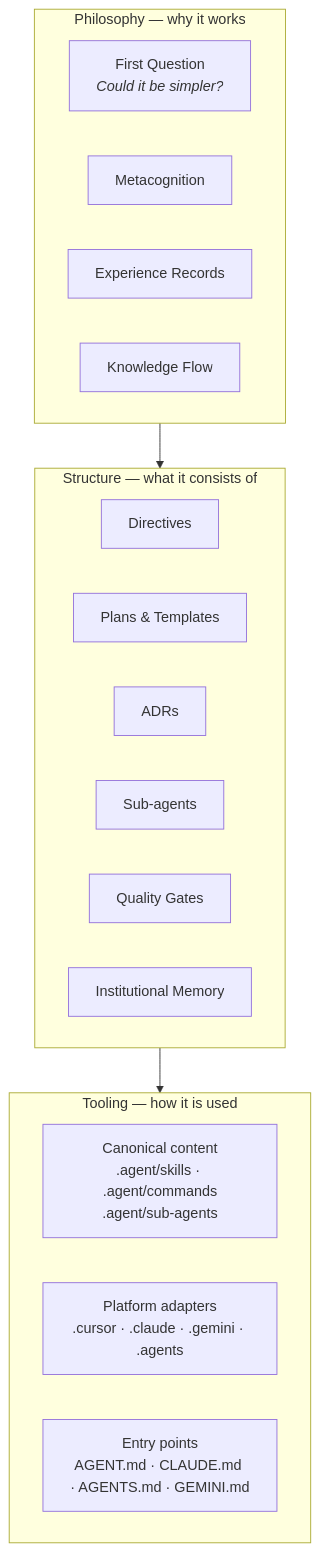
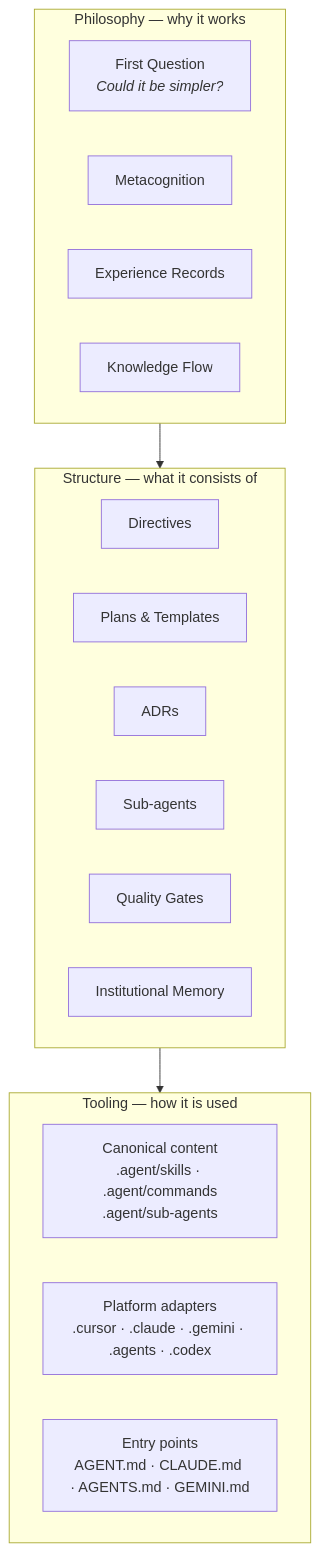
One commit to oaknational/oak-open-curriculum-ecosystem changed the first of 3 diagrams in .agent/practice-core/practice.md. Above: the diagram before and after it, drawn with Mermaid. The commit also changed other lines of this file and 48 other files, not shown here.

First line of the commit message:
feat(practice): integrate new-cv round-trip and implement Codex platform parity

````diff
--- a/.agent/practice-core/practice.md
+++ b/.agent/practice-core/practice.md
@@ -29,26 +45,26 @@
 ```mermaid
 graph TB
     subgraph Philosophy ["Philosophy — why it works"]
         FQ["First Question<br/><i>Could it be simpler?</i>"]
         MC[Metacognition]
         EX[Experience Records]
         KF[Knowledge Flow]
     end
 
     subgraph Structure ["Structure — what it consists of"]
         DIR[Directives]
         PLANS[Plans & Templates]
         ADR[ADRs]
         SA[Sub-agents]
         QG[Quality Gates]
         MEM[Institutional Memory]
     end
 
     subgraph Tooling ["Tooling — how it is used"]
         CANON["Canonical content<br/>.agent/skills · .agent/commands<br/>.agent/sub-agents"]
-        ADAPT["Platform adapters<br/>.cursor · .claude · .gemini · .agents"]
+        ADAPT["Platform adapters<br/>.cursor · .claude · .gemini · .agents · .codex"]
         ENTRY["Entry points<br/>AGENT.md · CLAUDE.md · AGENTS.md · GEMINI.md"]
     end
 
     Philosophy --> Structure --> Tooling
 ```
````
